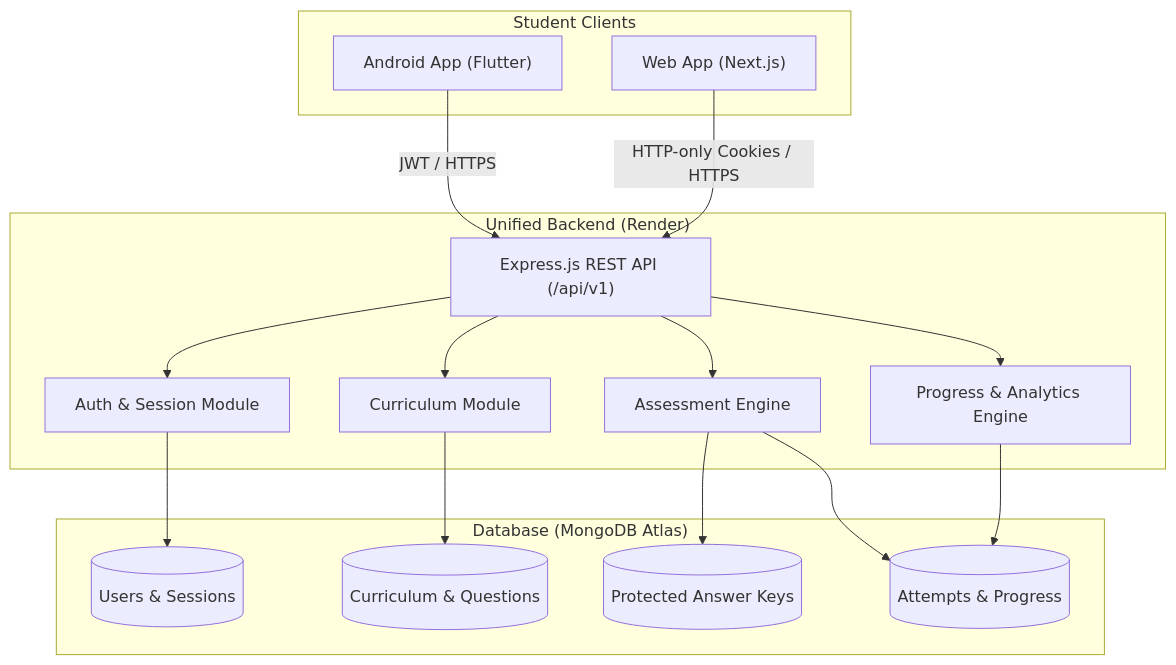
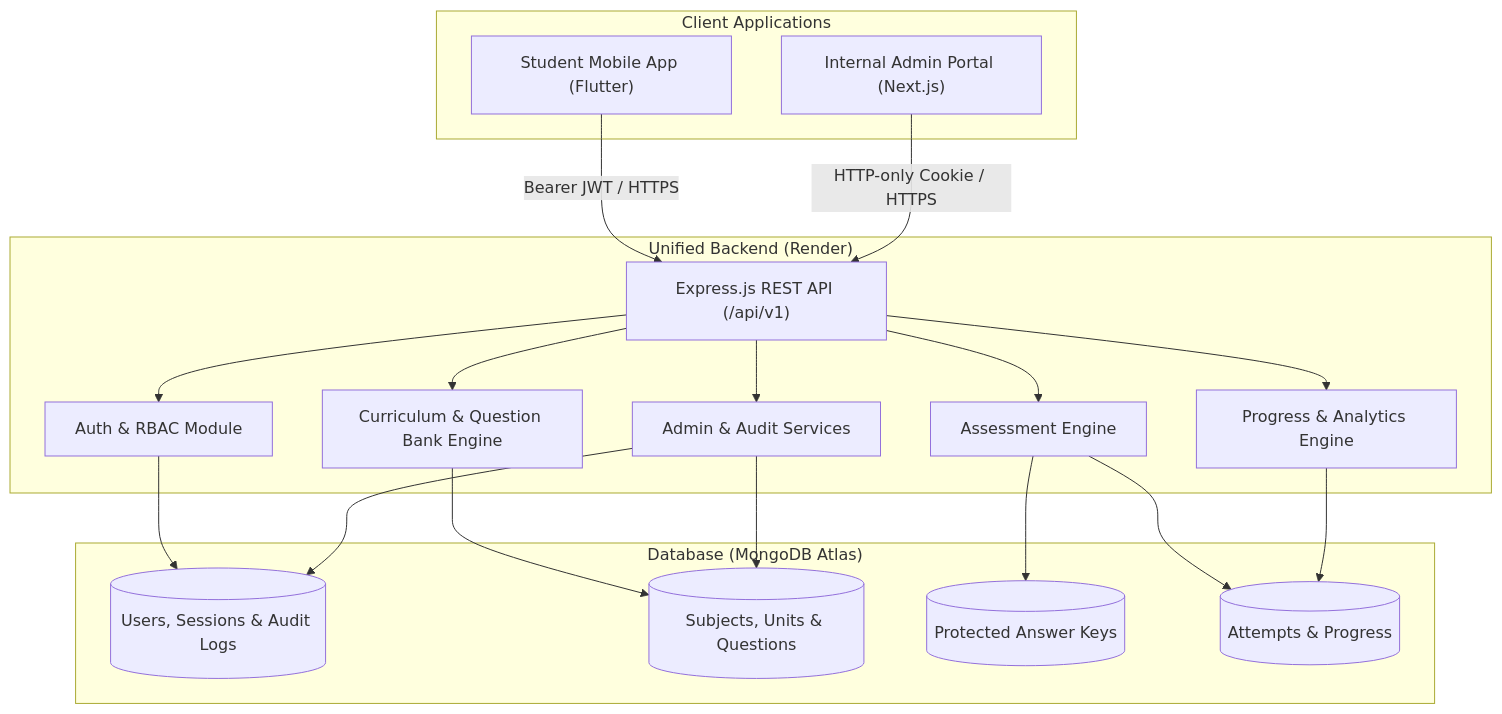
Before and after one commit to newt-ops/Acedex: the diagram in docs/architecture.md, drawn with Mermaid. The commit also changed other lines of this file and 26 other files, not shown here.

Commit message:
feat(auth): implement Google OAuth, JWT rotation, RBAC, and audit logging

````diff
--- a/docs/architecture.md
+++ b/docs/architecture.md
@@ -14,34 +14,38 @@
 ```mermaid
 flowchart TD
-    subgraph Clients["Student Clients"]
-        Flutter["Android App (Flutter)"]
-        NextWeb["Web App (Next.js)"]
+    subgraph Clients["Client Applications"]
+        Flutter["Student Mobile App (Flutter)"]
+        NextWeb["Internal Admin Portal (Next.js)"]
     end
 
     subgraph Backend["Unified Backend (Render)"]
         Express["Express.js REST API (/api/v1)"]
-        AuthModule["Auth & Session Module"]
-        CurriculumModule["Curriculum Module"]
+        AuthModule["Auth & RBAC Module"]
+        CurriculumModule["Curriculum & Question Bank Engine"]
         AssessmentModule["Assessment Engine"]
         ProgressModule["Progress & Analytics Engine"]
+        AdminModule["Admin & Audit Services"]
     end
 
     subgraph Data["Database (MongoDB Atlas)"]
-        MongoUsers[("Users & Sessions")]
-        MongoCurriculum[("Curriculum & Questions")]
+        MongoUsers[("Users, Sessions & Audit Logs")]
+        MongoCurriculum[("Subjects, Units & Questions")]
         MongoAnswers[("Protected Answer Keys")]
         MongoAttempts[("Attempts & Progress")]
     end
 
-    Flutter -->|JWT / HTTPS| Express
-    NextWeb -->|HTTP-only Cookies / HTTPS| Express
+    Flutter -->|Bearer JWT / HTTPS| Express
+    NextWeb -->|HTTP-only Cookie / HTTPS| Express
     Express --> AuthModule
     Express --> CurriculumModule
     Express --> AssessmentModule
     Express --> ProgressModule
+    Express --> AdminModule
     AuthModule --> MongoUsers
     CurriculumModule --> MongoCurriculum
     AssessmentModule --> MongoAnswers
     AssessmentModule --> MongoAttempts
     ProgressModule --> MongoAttempts
+    AdminModule --> MongoUsers
+    AdminModule --> MongoCurriculum
 ```
````
